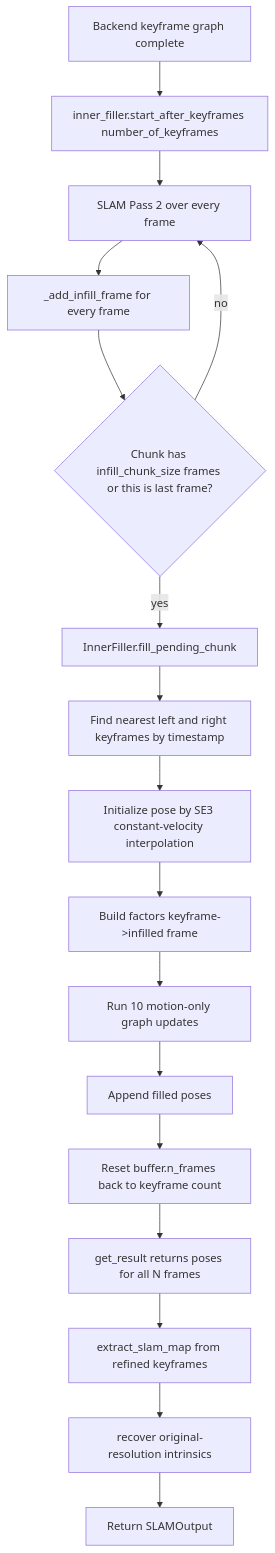
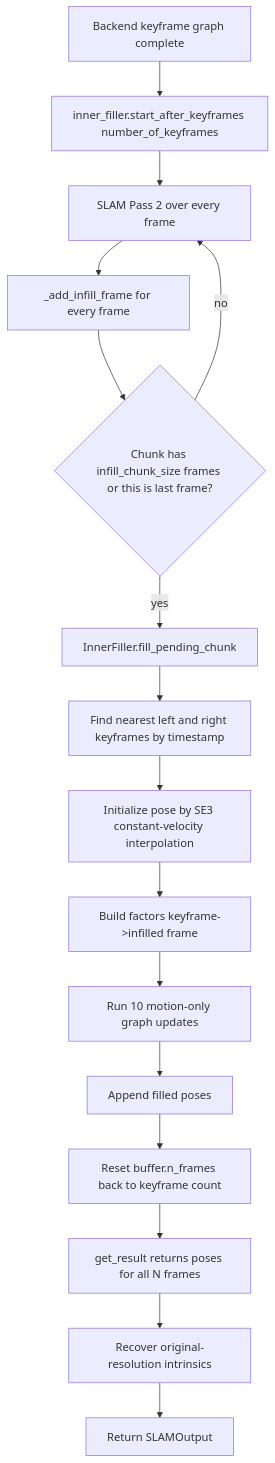
One commit to sadanand1120/vipe changed the ninth of 12 diagrams in fullexplain.md. Above: the diagram before and after it, drawn with Mermaid. The commit also changed other lines of this file and 7 other files, not shown here.

````diff
--- a/fullexplain.md
+++ b/fullexplain.md
@@ -1467,19 +1450,18 @@
 ```mermaid
 flowchart TD
     A[Backend keyframe graph complete] --> B[inner_filler.start_after_keyframes number_of_keyframes]
     B --> C[SLAM Pass 2 over every frame]
     C --> D[_add_infill_frame for every frame]
     D --> E{Chunk has infill_chunk_size frames or this is last frame?}
     E -->|no| C
     E -->|yes| F[InnerFiller.fill_pending_chunk]
     F --> G[Find nearest left and right keyframes by timestamp]
     G --> H[Initialize pose by SE3 constant-velocity interpolation]
     H --> I[Build factors keyframe->infilled frame]
     I --> J[Run 10 motion-only graph updates]
     J --> K[Append filled poses]
     K --> L[Reset buffer.n_frames back to keyframe count]
     L --> M[get_result returns poses for all N frames]
-    M --> N[extract_slam_map from refined keyframes]
-    N --> O[recover original-resolution intrinsics]
-    O --> P[Return SLAMOutput]
+    M --> N[Recover original-resolution intrinsics]
+    N --> O[Return SLAMOutput]
 ```
````
